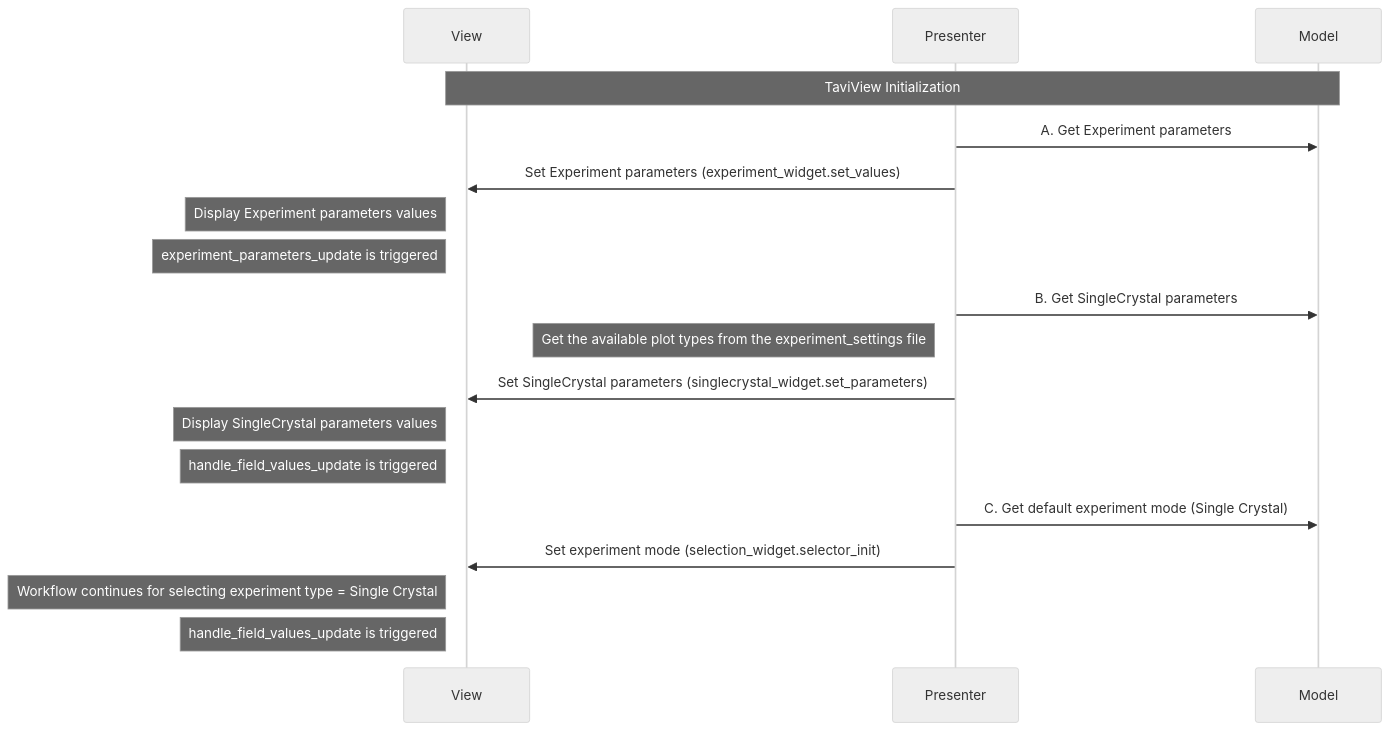
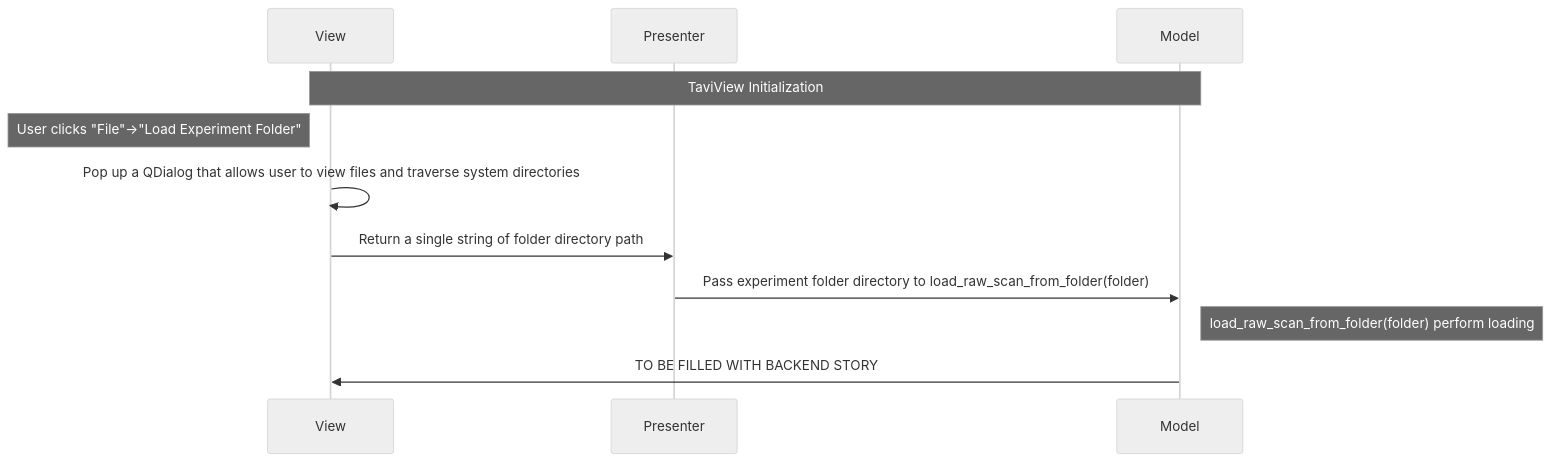
One commit to neutrons/TAVI changed the fourth of 6 diagrams in docs/source/design/taviclasses.rst. Above: the diagram before and after it, drawn with Mermaid (neutral theme). The commit also changed other lines of this file and 1 other file, not shown here.

Commit message:
update names and docs

```diff
--- a/docs/source/design/taviclasses.rst
+++ b/docs/source/design/taviclasses.rst
@@ -118,23 +118,15 @@
     .. mermaid::
 
         sequenceDiagram
             participant View
             participant Presenter
             participant Model
 
             Note over View,Model:  TaviView Initialization
-            Presenter->>Model: A. Get Experiment parameters
-            Presenter->>View: Set Experiment parameters (experiment_widget.set_values)
-            Note left of View: Display Experiment parameters values
-            Note left of View: experiment_parameters_update is triggered
+            Note left of View: User clicks "File"->"Load Experiment Folder"
+            View->>View: Pop up a QDialog that allows user to view files and traverse system directories
+            View->>Presenter: Return a single string of folder directory path
+            Presenter->>Model: Pass experiment folder directory to load_raw_scan_from_folder(folder)
+            Note right of Model: load_raw_scan_from_folder(folder) perform loading
 
-            Presenter->>Model: B. Get SingleCrystal parameters
-            Note left of Presenter: Get the available plot types from the experiment_settings file
-            Presenter->>View: Set SingleCrystal parameters (singlecrystal_widget.set_parameters)
-            Note left of View: Display SingleCrystal parameters values
-            Note left of View: handle_field_values_update is triggered
-
-            Presenter->>Model: C. Get default experiment mode (Single Crystal)
-            Presenter->>View: Set experiment mode (selection_widget.selector_init)
-            Note left of View: Workflow continues for selecting experiment type = Single Crystal
-            Note left of View: handle_field_values_update is triggered
+            Model->>View: TO BE FILLED WITH BACKEND STORY
```
